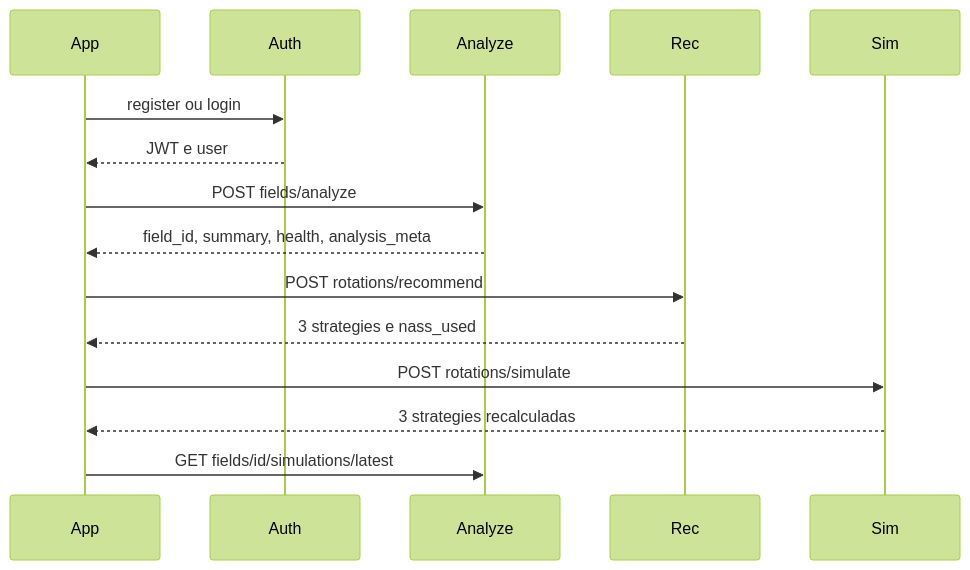
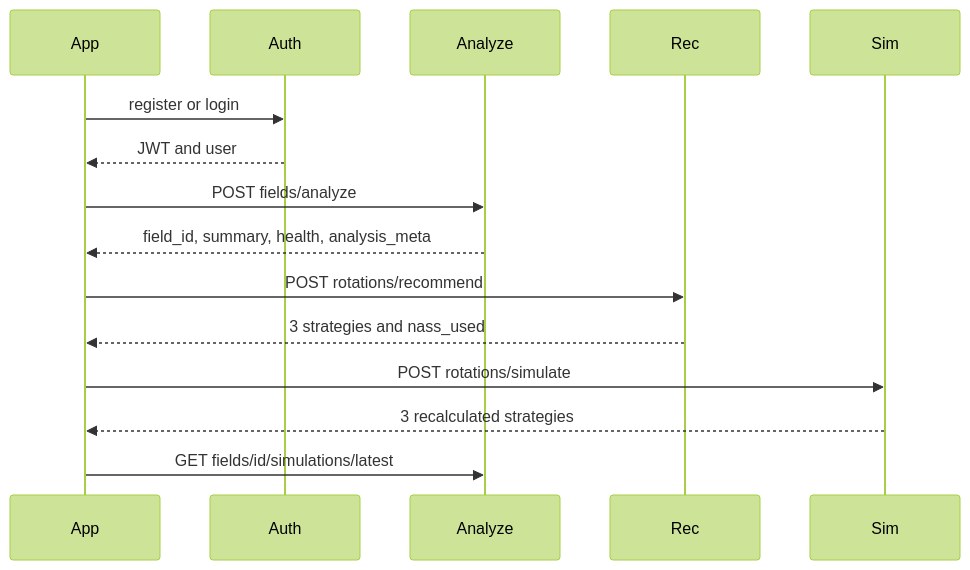
One commit to ItaloNuns/nextharvest changed the diagram in backend/API_ROTAS.md. Above: the diagram before and after it, drawn with Mermaid (forest theme). The commit also changed other lines of this file and 21 other files, not shown here.

````diff
--- a/backend/API_ROTAS.md
+++ b/backend/API_ROTAS.md
@@ -11,17 +11,17 @@
 ```mermaid
 sequenceDiagram
   participant App
   participant Auth
   participant Analyze
   participant Rec
   participant Sim
-  App->>Auth: register ou login
-  Auth-->>App: JWT e user
+  App->>Auth: register or login
+  Auth-->>App: JWT and user
   App->>Analyze: POST fields/analyze
   Analyze-->>App: field_id, summary, health, analysis_meta
   App->>Rec: POST rotations/recommend
-  Rec-->>App: 3 strategies e nass_used
+  Rec-->>App: 3 strategies and nass_used
   App->>Sim: POST rotations/simulate
-  Sim-->>App: 3 strategies recalculadas
+  Sim-->>App: 3 recalculated strategies
   App->>Analyze: GET fields/id/simulations/latest
 ```
````
